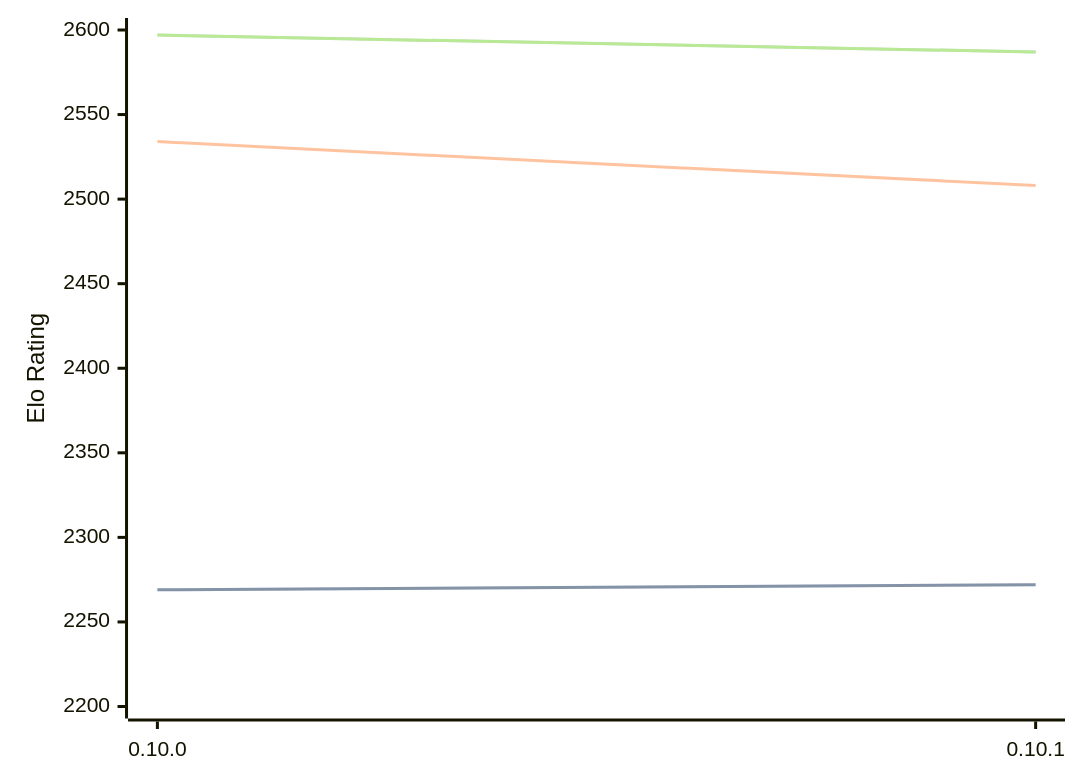
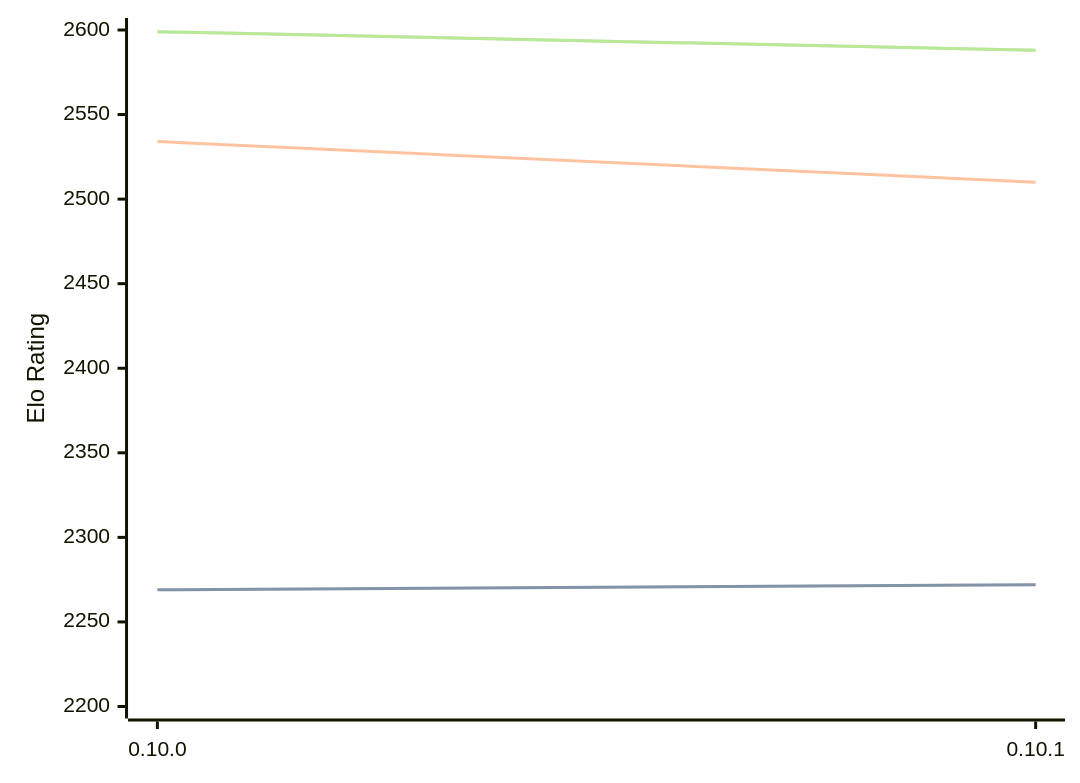
The diagram in engines/Fatalii.md (computer-chess-index/cci), drawn with Mermaid before and after one commit. The commit also changed other lines of this file, not shown here.

Commit message:
Update CCI Ratings (ELO VLTC) - 2026-08-21

````diff
--- a/engines/Fatalii.md
+++ b/engines/Fatalii.md
@@ -32,11 +32,11 @@
 ```mermaid
 %%{init: {"theme":"base","themeVariables":{"seriesColors:['#a3a3a3','#222221','#faa371']}}}%%
 xychart-beta
   x-axis ["0.10.0", "0.10.1"]
   y-axis "Elo Rating" 2200 --> 2600
   line "STC (8.0+0.08s)" [2269, 2272]
   line "STC (8.0+0.08s)" [2269, 2272]
-  line "LTC (60.0+0.60s)" [2534, 2508]
-  line "VLTC (2m24s+1.12s)" [2597, 2587]
-  line "VLTC (2m24s+1.12s)" [2597, 2587]
+  line "LTC (60.0+0.60s)" [2534, 2510]
+  line "VLTC (2m24s+1.12s)" [2599, 2588]
+  line "VLTC (2m24s+1.12s)" [2599, 2588]
 ```
````
